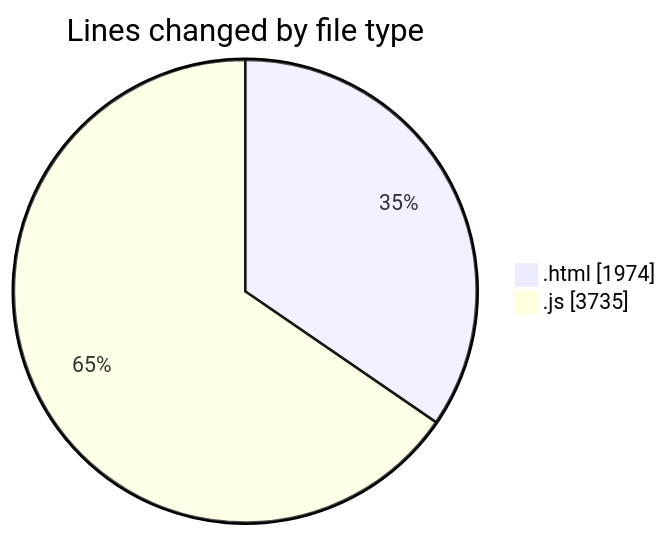
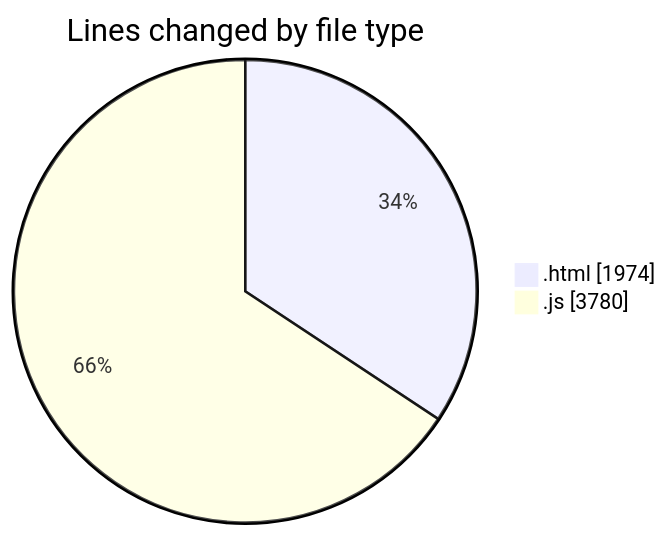
Before and after one commit to becaeroporto-bot/code-tracking: the first of 2 diagrams in 2026-02-19/bot_v1_2/README.md, drawn with Mermaid. The commit also changed other lines of this file and 1 other file, not shown here.

````diff
--- a/2026-02-19/bot_v1_2/README.md
+++ b/2026-02-19/bot_v1_2/README.md
@@ -28,6 +28,6 @@
 ```mermaid
 pie showData
 title Lines changed by file type
 ".html" : 1974
-".js" : 3735
+".js" : 3780
 ```
````
